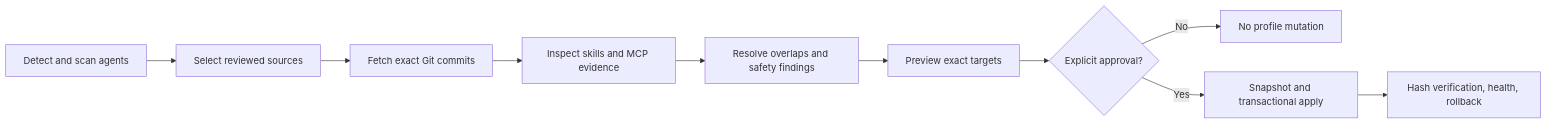
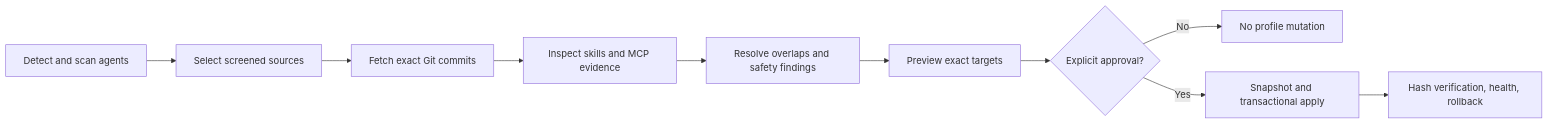
Before and after one commit to VirajMishra1/loadout: the diagram in README.md, drawn with Mermaid. The commit also changed other lines of this file and 24 other files, not shown here.

````diff
--- a/README.md
+++ b/README.md
@@ -319,12 +321,12 @@
 ```mermaid
 flowchart LR
-  A["Detect and scan agents"] --> B["Select reviewed sources"]
+  A["Detect and scan agents"] --> B["Select screened sources"]
   B --> C["Fetch exact Git commits"]
   C --> D["Inspect skills and MCP evidence"]
   D --> E["Resolve overlaps and safety findings"]
   E --> F["Preview exact targets"]
   F --> G{"Explicit approval?"}
   G -->|No| H["No profile mutation"]
   G -->|Yes| I["Snapshot and transactional apply"]
   I --> J["Hash verification, health, rollback"]
 ```
````
